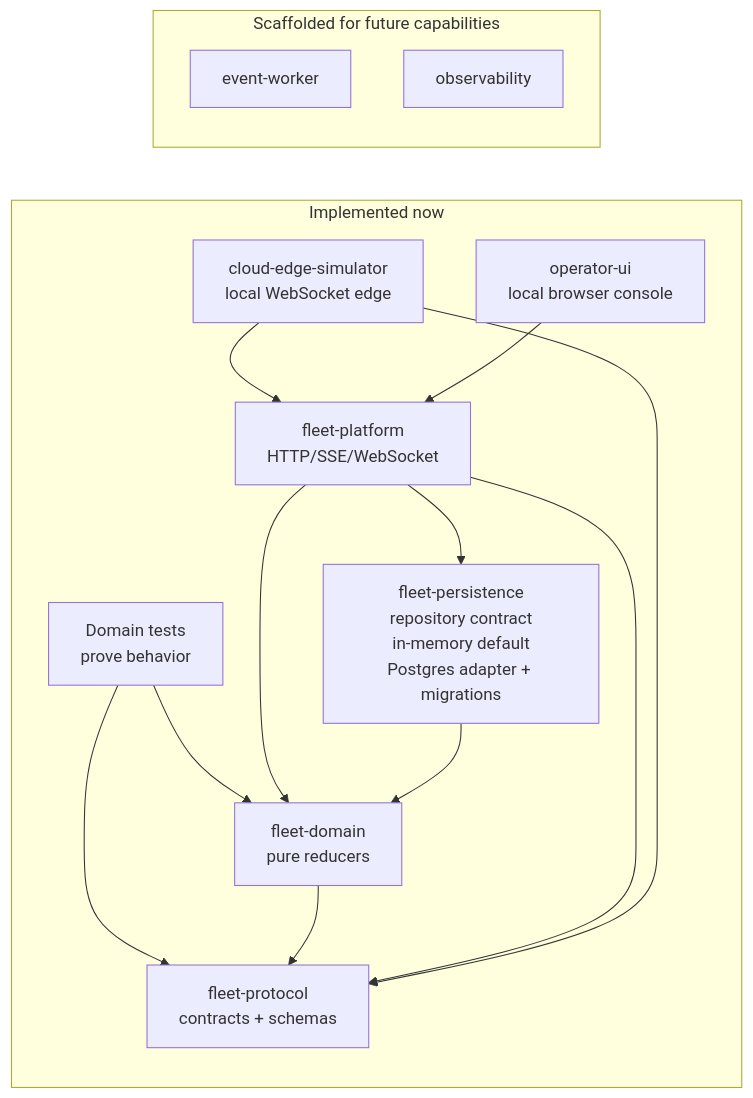
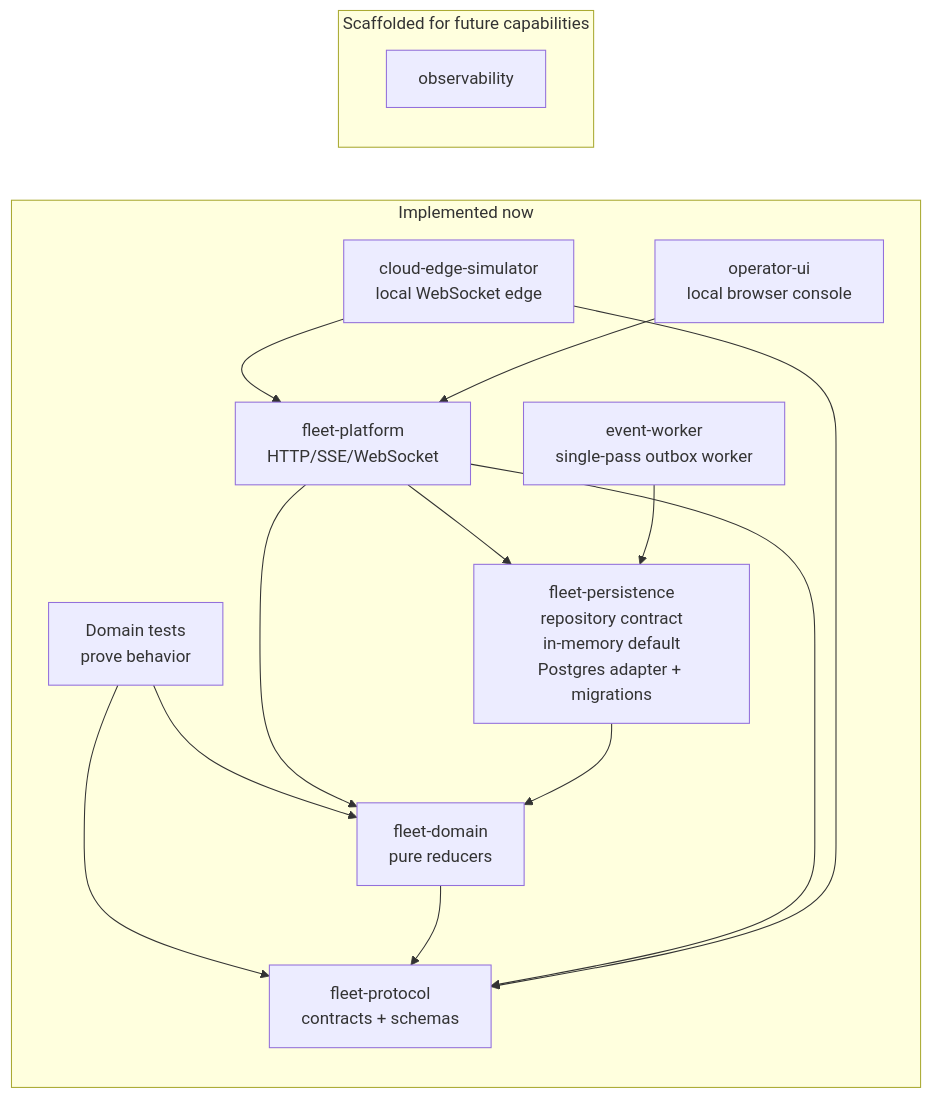
The first of 4 diagrams in docs/architecture/current-architecture.md (reinhard-z/RoboOps-Control-Plane), drawn with Mermaid before and after one commit. The commit also changed other lines of this file and 6 other files, not shown here.

Commit message:
Add Postgres outbox worker foundation

````diff
--- a/docs/architecture/current-architecture.md
+++ b/docs/architecture/current-architecture.md
@@ -41,27 +46,27 @@
 ```mermaid
 flowchart LR
   subgraph Implemented["Implemented now"]
     Tests["Domain tests<br/>prove behavior"]
     Domain["fleet-domain<br/>pure reducers"]
     Protocol["fleet-protocol<br/>contracts + schemas"]
     Api["fleet-platform<br/>HTTP/SSE/WebSocket"]
     Persistence["fleet-persistence<br/>repository contract<br/>in-memory default<br/>Postgres adapter + migrations"]
+    Worker["event-worker<br/>single-pass outbox worker"]
     Simulator["cloud-edge-simulator<br/>local WebSocket edge"]
     UI["operator-ui<br/>local browser console"]
     Tests --> Domain
     Tests --> Protocol
     Domain --> Protocol
     Api --> Persistence
+    Worker --> Persistence
     Api --> Domain
     Persistence --> Domain
     Api --> Protocol
     Simulator --> Protocol
     Simulator --> Api
     UI --> Api
   end
-
   subgraph Placeholders["Scaffolded for future capabilities"]
-    Worker["event-worker"]
     Observability["observability"]
   end
 ```
````
